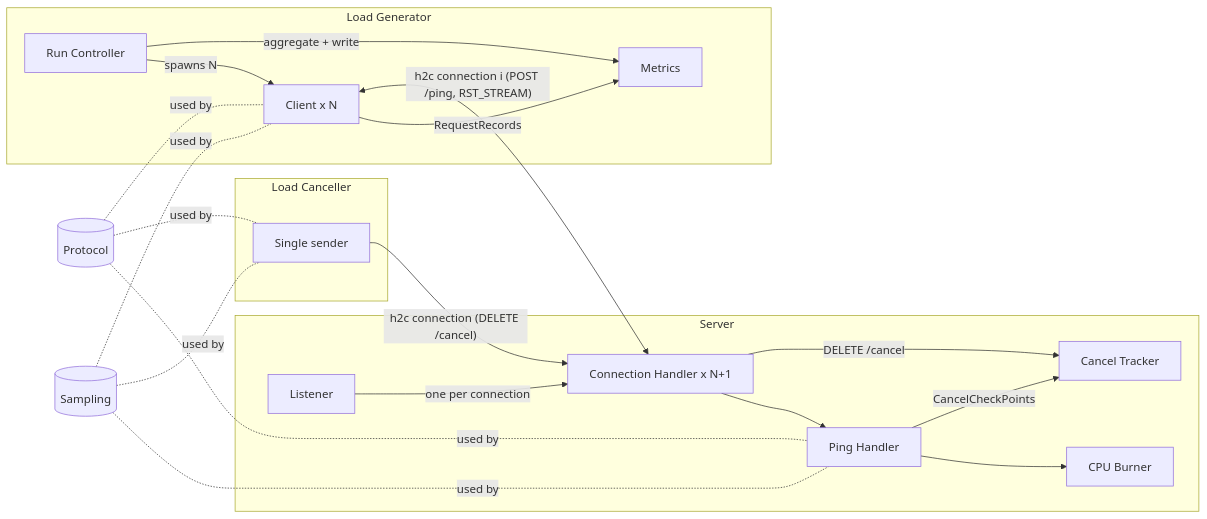
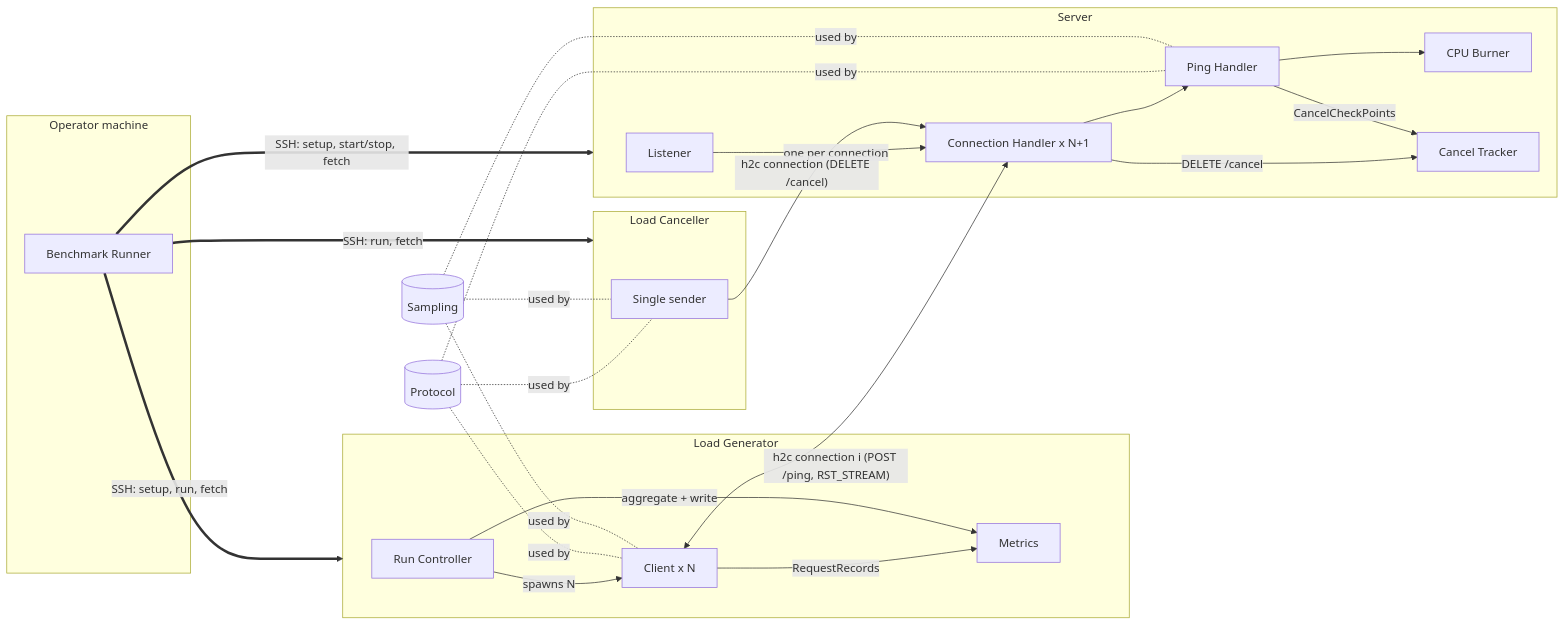
Before and after one commit to grapheo12/metastability-cancellation: the diagram in abstraction/design.md, drawn with Mermaid. The commit also changed other lines of this file and 3 other files, not shown here.

First line of the commit message:
[spec] Root: add BenchmarkRunner

````diff
--- a/abstraction/design.md
+++ b/abstraction/design.md
@@ -5,26 +5,32 @@
 ```mermaid
 flowchart LR
   subgraph LG[Load Generator]
     RC[Run Controller] -->|spawns N| C[Client x N]
     C -->|RequestRecords| M[Metrics]
     RC -->|aggregate + write| M
   end
   subgraph LC[Load Canceller]
     CS[Single sender]
   end
   subgraph SV[Server]
     L[Listener] -->|one per connection| CH[Connection Handler x N+1]
     CH --> PH[Ping Handler]
     PH --> CB[CPU Burner]
     CH -->|DELETE /cancel| CT[Cancel Tracker]
     PH -->|CancelCheckPoints| CT
   end
   C <-->|"h2c connection i (POST /ping, RST_STREAM)"| CH
   CS -->|"h2c connection (DELETE /cancel)"| CH
   P[(Protocol)] -.used by.- C
   P -.used by.- PH
   P -.used by.- CS
   S[(Sampling)] -.used by.- C
   S -.used by.- PH
   S -.used by.- CS
+  subgraph OP[Operator machine]
+    BR[Benchmark Runner]
+  end
+  BR ==>|"SSH: setup, start/stop, fetch"| SV
+  BR ==>|"SSH: setup, run, fetch"| LG
+  BR ==>|"SSH: run, fetch"| LC
 ```
````
